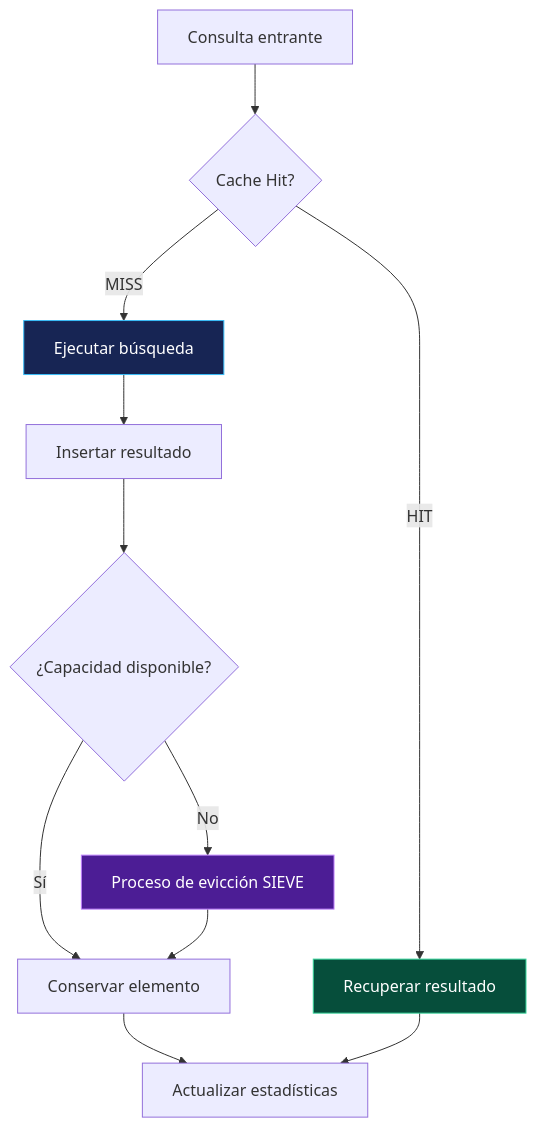
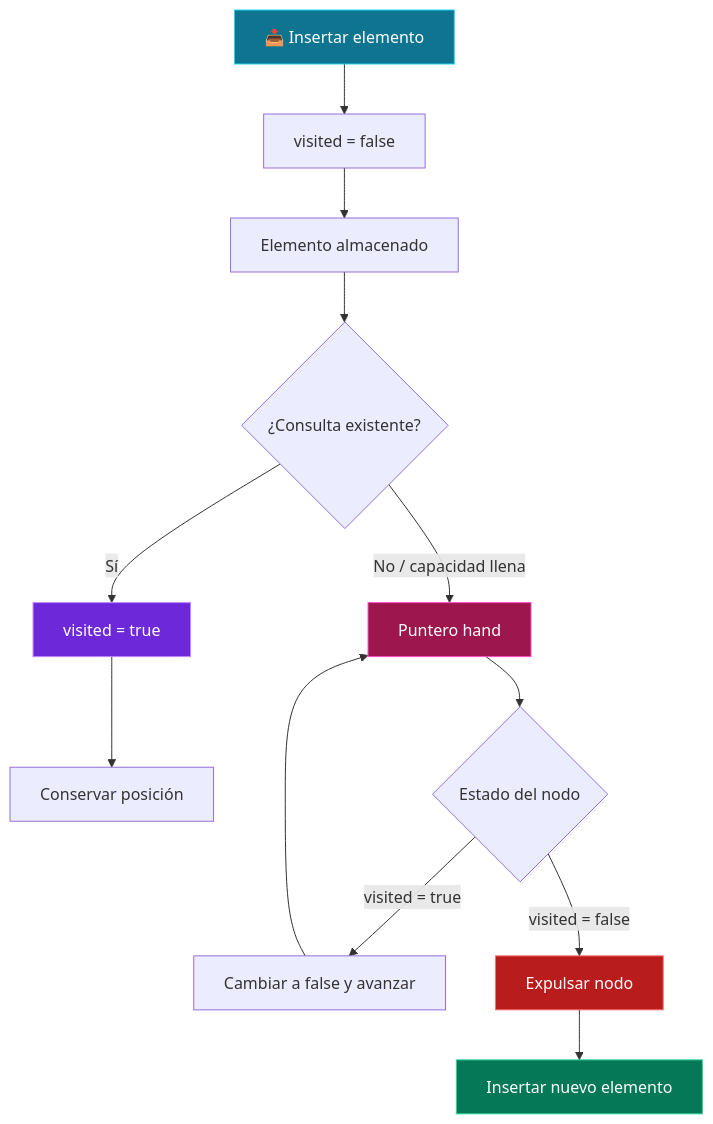
The third of 4 diagrams in README.md (yimmyangulotorres-ui/POO), drawn with Mermaid before and after one commit. The commit also changed other lines of this file, not shown here.

````diff
--- a/README.md
+++ b/README.md
@@ -415,17 +267,20 @@
 ```mermaid
 flowchart TD
-    A["Consulta entrante"] --> B{"Cache Hit?"}
-    B -->|"HIT"| C["Recuperar resultado"]
-    B -->|"MISS"| D["Ejecutar búsqueda"]
-    D --> E["Insertar resultado"]
-    E --> F{"¿Capacidad disponible?"}
-    F -->|"Sí"| G["Conservar elemento"]
-    F -->|"No"| H["Proceso de evicción SIEVE"]
-    H --> G
-    G --> I["Actualizar estadísticas"]
-    C --> I
+    A["📥 Insertar elemento"] --> B["visited = false"]
+    B --> C["Elemento almacenado"]
+    C --> D{"¿Consulta existente?"}
+    D -->|"Sí"| E["visited = true"]
+    E --> F["Conservar posición"]
+    D -->|"No / capacidad llena"| G["Puntero hand"]
+    G --> H{"Estado del nodo"}
+    H -->|"visited = true"| I["Cambiar a false y avanzar"]
+    I --> G
+    H -->|"visited = false"| J["Expulsar nodo"]
+    J --> K["Insertar nuevo elemento"]
 
-    style C fill:#064e3b,stroke:#34d399,color:#fff
-    style D fill:#172554,stroke:#38bdf8,color:#fff
-    style H fill:#4c1d95,stroke:#c084fc,color:#fff
+    style A fill:#0E7490,stroke:#22D3EE,color:white
+    style E fill:#6D28D9,stroke:#C084FC,color:white
+    style G fill:#9D174D,stroke:#FF4ECD,color:white
+    style J fill:#B91C1C,stroke:#F87171,color:white
+    style K fill:#047857,stroke:#34D399,color:white
 ```
````
